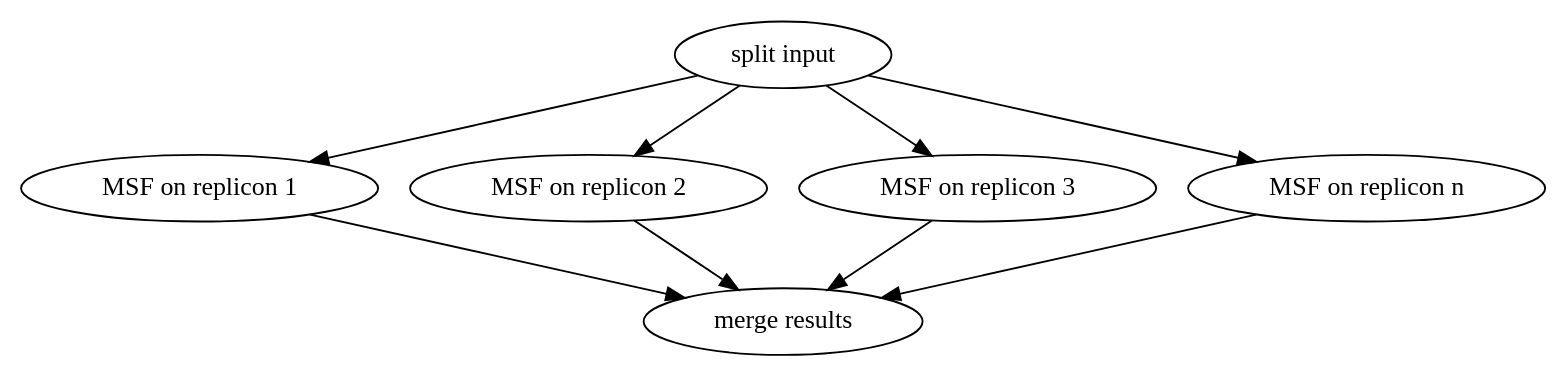
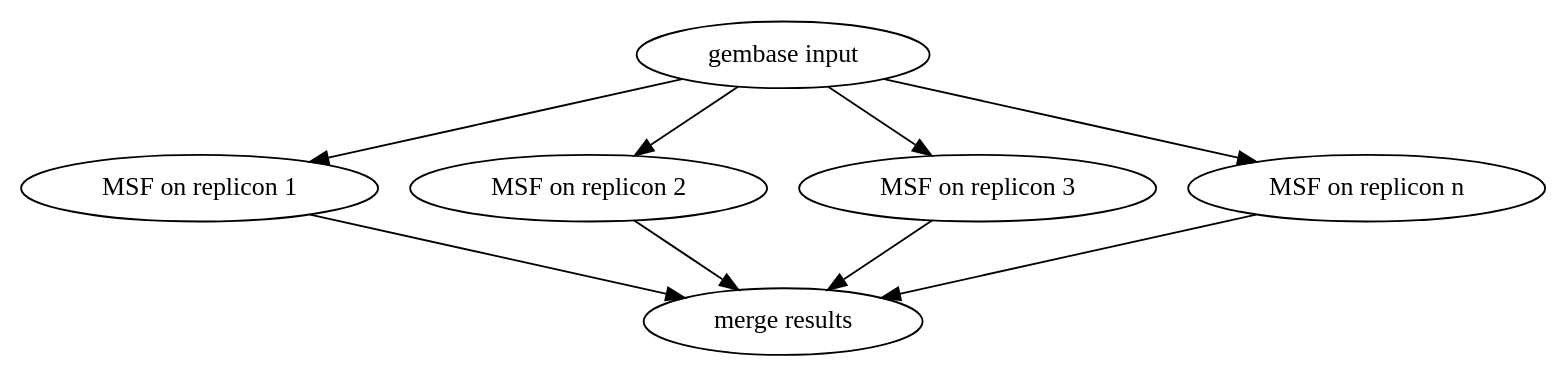
Before and after one commit to gem-pasteur/macsyfinder: the first of 2 diagrams in doc/source/user_guide/big_data.rst, drawn with Graphviz. The commit also changed other lines of this file, not shown here.

```diff
--- a/doc/source/user_guide/big_data.rst
+++ b/doc/source/user_guide/big_data.rst
@@ -28,11 +33,11 @@
-.. digraph:: parallel_macsyfinder
-    :caption: Diagram of the parallel_macsyfinder workflow
+.. digraph:: parallel_macsyfinder_gembase
+    :caption: Diagram of the parallel_macsyfinder workflow on gembase input
 
-    "split input" -> "MSF on replicon 1";
-    "split input" -> "MSF on replicon 2";
-    "split input" -> "MSF on replicon 3";
-    "split input" -> "MSF on replicon n";
+    "gembase input" -> "MSF on replicon 1";
+    "gembase input" -> "MSF on replicon 2";
+    "gembase input" -> "MSF on replicon 3";
+    "gembase input" -> "MSF on replicon n";
     "MSF on replicon 1" -> "merge results";
     "MSF on replicon 2" -> "merge results";
     "MSF on replicon 3" -> "merge results";
     "MSF on replicon n" -> "merge results";
```
